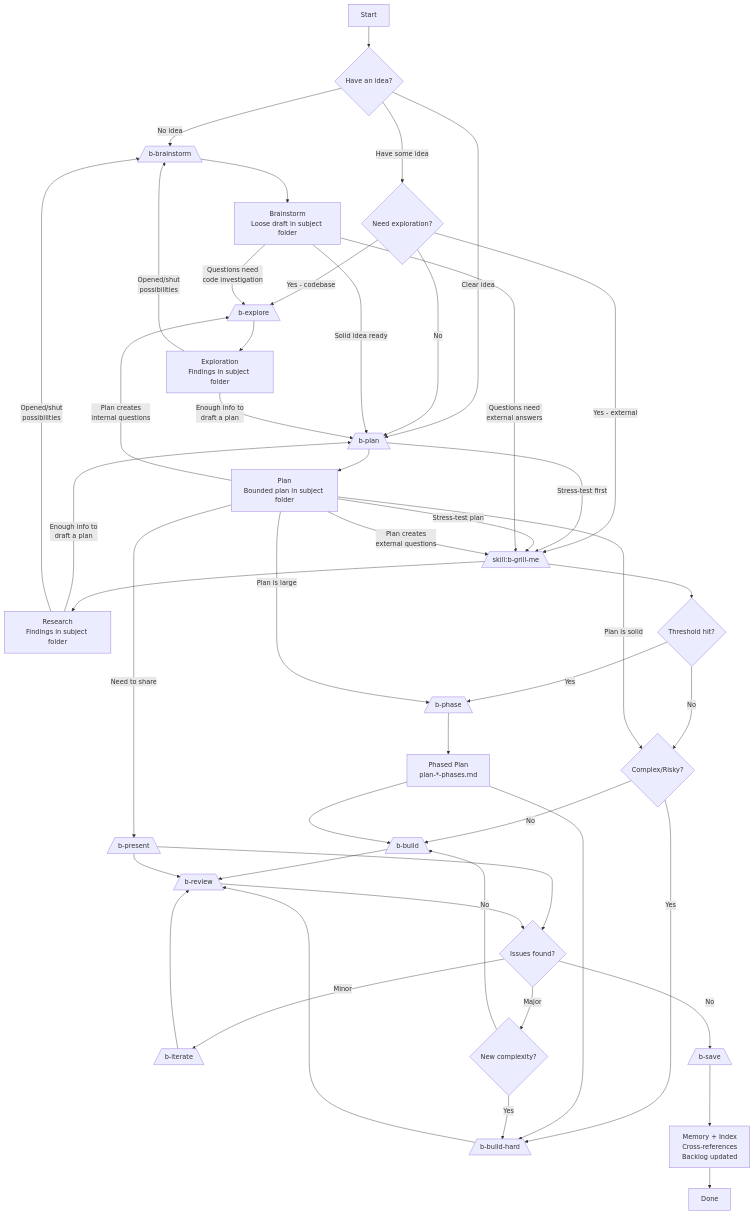
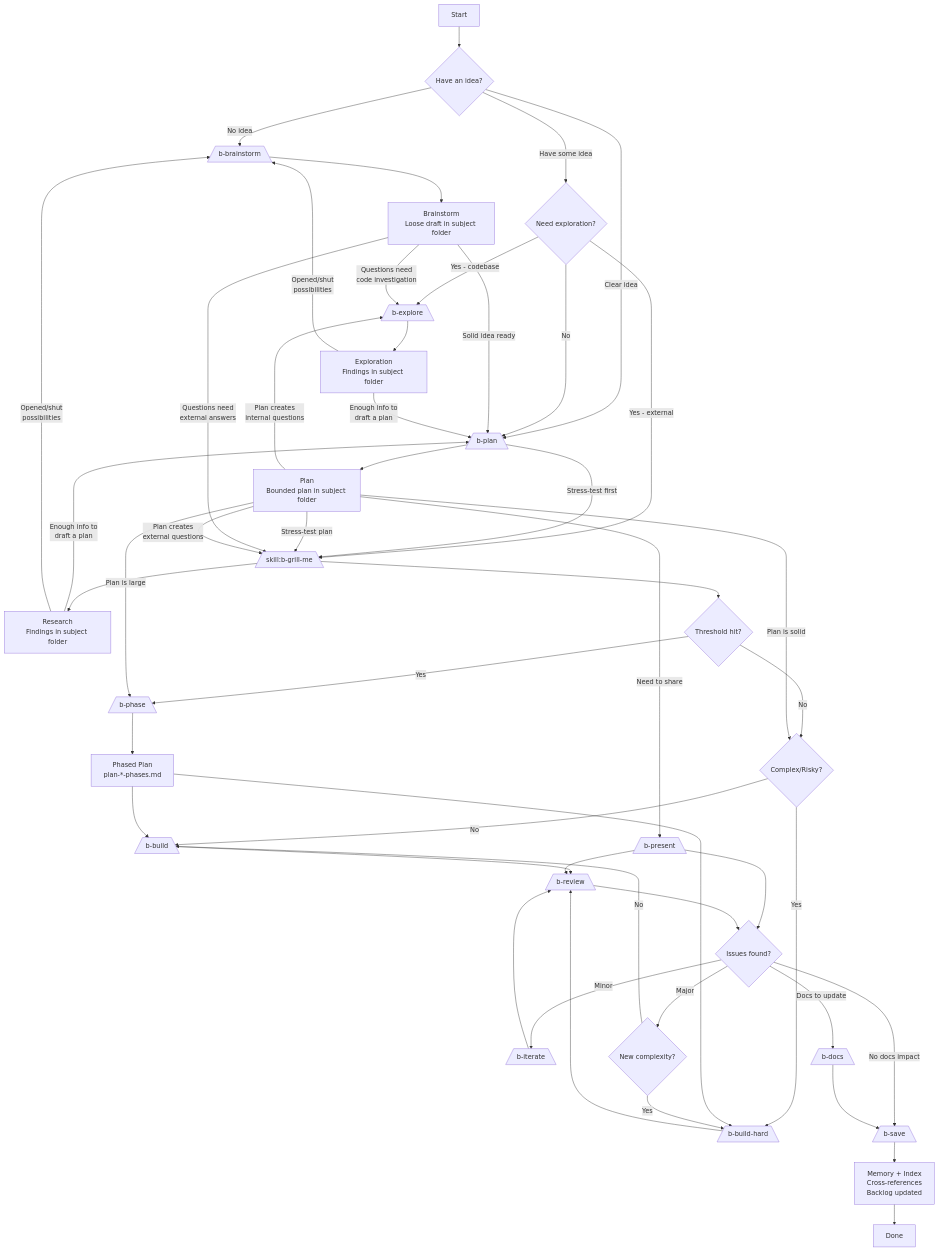
The first of 3 diagrams in docs/buck-workflow.md (evilbuck/buck-workflow-pi), drawn with Mermaid before and after one commit. The commit also changed other lines of this file and 22 other files, not shown here.

````diff
--- a/docs/buck-workflow.md
+++ b/docs/buck-workflow.md
@@ -174,66 +175,68 @@
 ```mermaid
 flowchart TD
     A[Start] --> B{Have an idea?}
     B -->|No idea| C[/b-brainstorm\]
     B -->|Have some idea| D{Need exploration?}
     B -->|Clear idea| E[/b-plan\]
     
     C --> F[Brainstorm<br/>Loose draft in subject folder]
     
     D -->|Yes - codebase| G[/b-explore\]
     D -->|Yes - external| G2[/b-research\]
     D -->|No| E
     
     G --> H[Exploration<br/>Findings in subject folder]
     G2 --> H2[Research<br/>Findings in subject folder]
     
     E --> I[Plan<br/>Bounded plan in subject folder]
 
     %% Grill sessions can happen before or after planning
     E -->|Stress-test first| G2[/skill:b-grill-me\]
     I -->|Stress-test plan| G2
     G2 --> G3{Threshold hit?}
     G3 -->|Yes| X
     G3 -->|No| J
 
     %% Iterative loops between brainstorm/research/plan
     F -->|Questions need<br/>code investigation| G
     F -->|Questions need<br/>external answers| G2
     F -->|Solid idea ready| E
     
     I -->|Plan creates<br/>internal questions| G
     I -->|Plan creates<br/>external questions| G2
     
     H -->|Enough info to<br/>draft a plan| E
     H -->|Opened/shut<br/>possibilities| C
     H2 -->|Enough info to<br/>draft a plan| E
     H2 -->|Opened/shut<br/>possibilities| C
     
     I -->|Plan is solid| J{Complex/Risky?}
     J -->|No| K[/b-build\]
     J -->|Yes| L[/b-build-hard\]
     I -->|Need to share| M[/b-present\]
     I -->|Plan is large| X[/b-phase\]
 
     X --> Y[Phased Plan<br/>plan-*-phases.md]
     Y --> K
     Y --> L
 
     K --> N[Implementation]
     L --> N
     M --> O[HTML Presentation]
     
     M --> N[/b-review\]
     N --> O{Issues found?}
     
     O -->|Minor| P[/b-iterate\]
     O -->|Major| Q{New complexity?}
     Q -->|No| K
     Q -->|Yes| L
     
     P --> N
-    O -->|No| R[/b-save\]
+    O -->|No docs impact| R[/b-save\]
+    O -->|Docs to update| DOC[/b-docs\]
+    DOC --> R
     
     R --> S[Memory + Index<br/>Cross-references<br/>Backlog updated]
     S --> T[Done]
 ```
````
